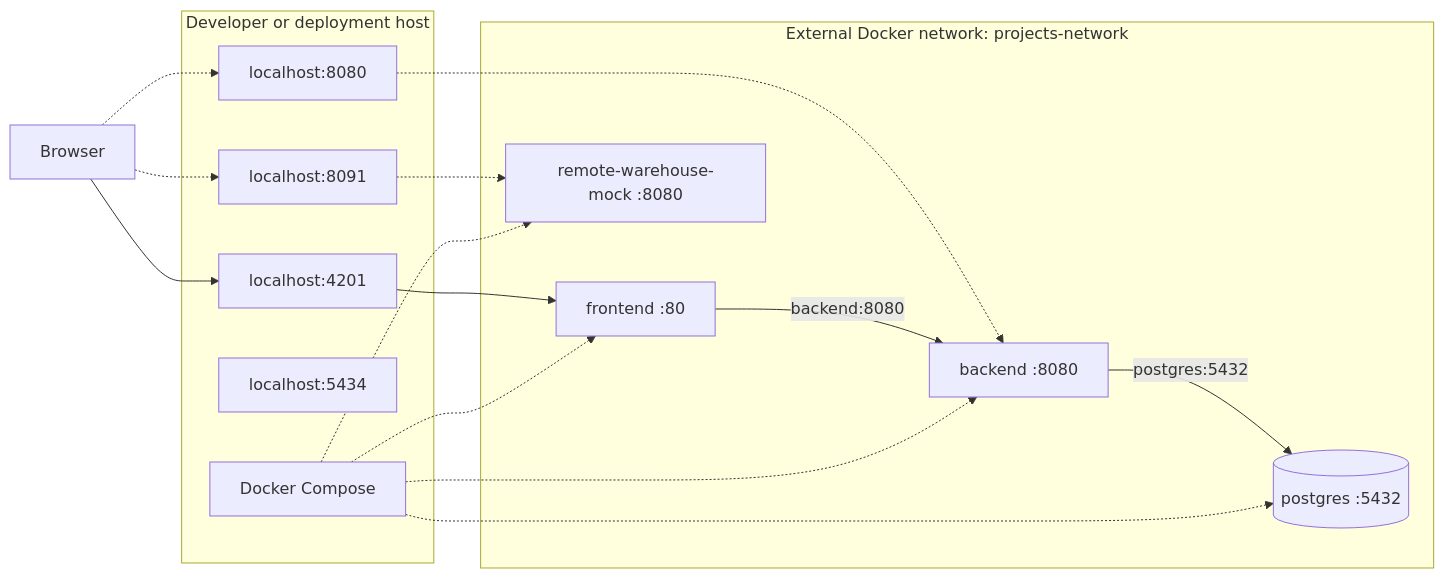
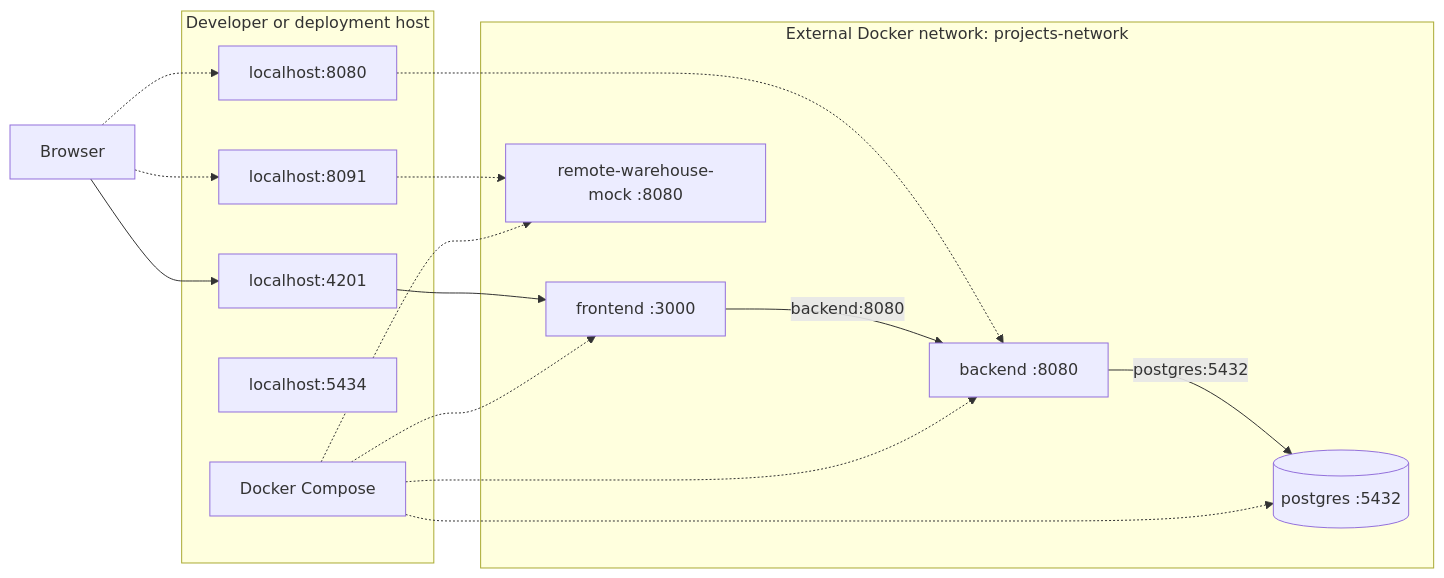
Before and after one commit to vitasmir/ERP: the second of 2 diagrams in ARCHITECTURE.md, drawn with Mermaid. The commit also changed other lines of this file and 86 other files, not shown here.

````diff
--- a/ARCHITECTURE.md
+++ b/ARCHITECTURE.md
@@ -85,29 +91,29 @@
 ```mermaid
 flowchart LR
     browser["Browser"]
 
     subgraph host["Developer or deployment host"]
         compose["Docker Compose"]
         frontendPort["localhost:4201"]
         backendPort["localhost:8080"]
         postgresPort["localhost:5434"]
         warehousePort["localhost:8091"]
     end
 
     subgraph network["External Docker network: projects-network"]
-        frontend["frontend :80"]
+        frontend["frontend :3000"]
         backend["backend :8080"]
         postgres[("postgres :5432")]
         warehouse["remote-warehouse-mock :8080"]
     end
 
     browser --> frontendPort --> frontend
     browser -.-> backendPort -.-> backend
     browser -.-> warehousePort -.-> warehouse
     frontend -->|"backend:8080"| backend
     backend -->|"postgres:5432"| postgres
     compose -.-> frontend
     compose -.-> backend
     compose -.-> postgres
     compose -.-> warehouse
 ```
````
